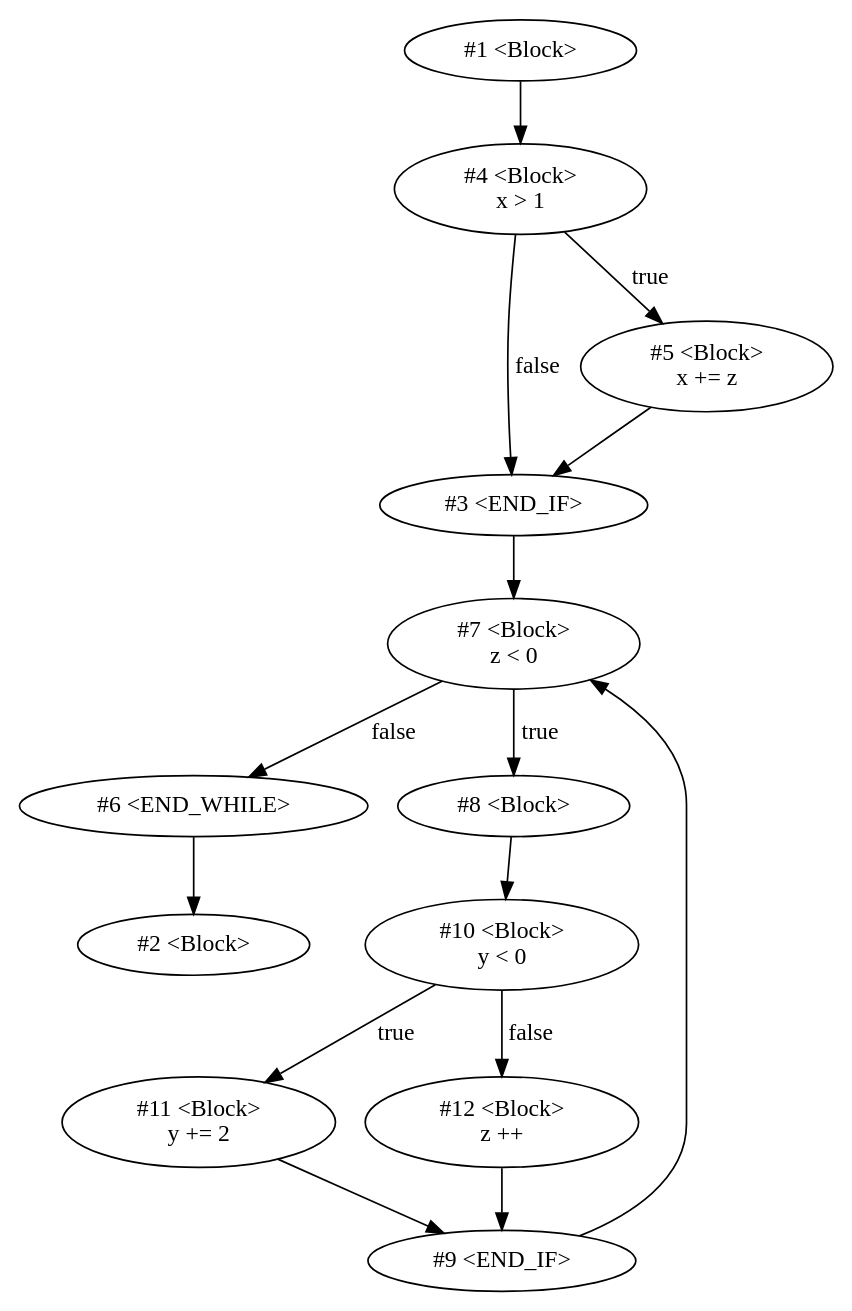
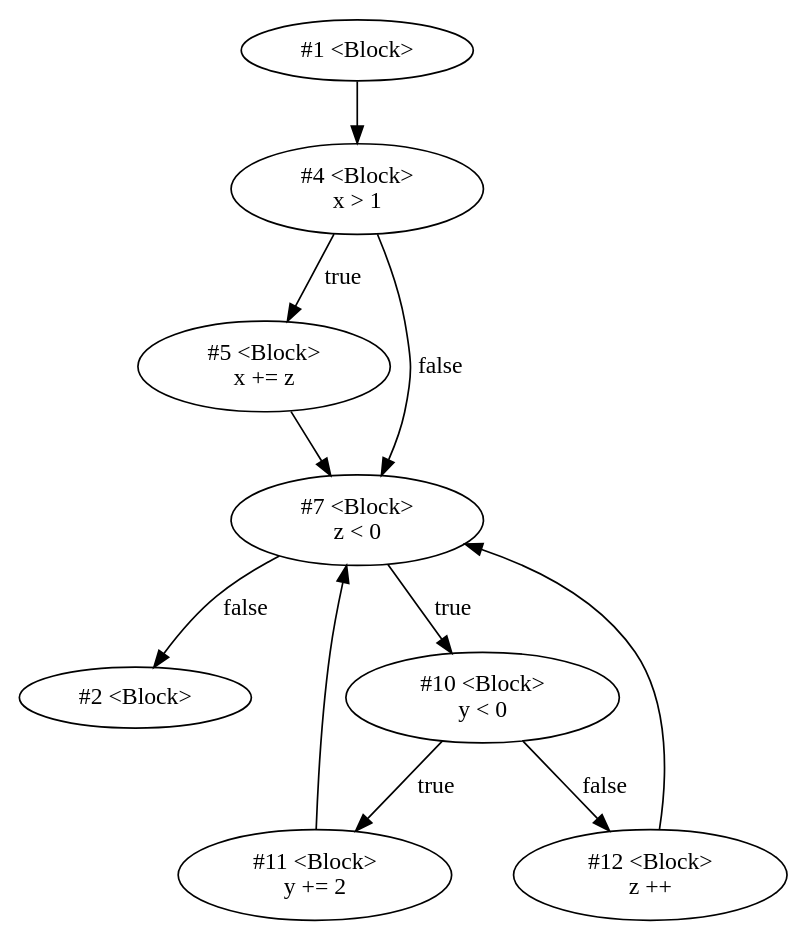
Before and after one commit to h-mole/MetronomeStatic: the diagram in examples/code-property-graph/cfg.dot, drawn with Graphviz. The commit also changed 31 other files, not shown here.

Commit message:
modified diagrams

```diff
--- a/examples/code-property-graph/cfg.dot
+++ b/examples/code-property-graph/cfg.dot
@@ -1,28 +1,20 @@
 strict digraph  {
 1 [label="#1 &lt;Block&gt;\n"];
 4 [label="#4 &lt;Block&gt;\nx > 1"];
 2 [label="#2 &lt;Block&gt;\n"];
-3 [label="#3 &lt;END_IF&gt;\n"];
+5 [label="#5 &lt;Block&gt;\nx += z"];
 7 [label="#7 &lt;Block&gt;\nz < 0"];
-5 [label="#5 &lt;Block&gt;\nx += z"];
-6 [label="#6 &lt;END_WHILE&gt;\n"];
-8 [label="#8 &lt;Block&gt;\n"];
 10 [label="#10 &lt;Block&gt;\ny < 0"];
-9 [label="#9 &lt;END_IF&gt;\n"];
 11 [label="#11 &lt;Block&gt;\ny += 2"];
 12 [label="#12 &lt;Block&gt;\nz ++"];
 1 -> 4;
 4 -> 5  [cond=true, label=true];
-4 -> 3  [cond=false, label=false];
-3 -> 7;
-7 -> 8  [cond=true, label=true];
-7 -> 6  [cond=false, label=false];
-5 -> 3;
-6 -> 2;
-8 -> 10;
+4 -> 7  [cond=false, label=false];
+5 -> 7;
+7 -> 10  [cond=true, label=true];
+7 -> 2  [cond=false, label=false];
 10 -> 11  [cond=true, label=true];
 10 -> 12  [cond=false, label=false];
-9 -> 7;
-11 -> 9;
-12 -> 9;
+11 -> 7;
+12 -> 7;
 }
```
